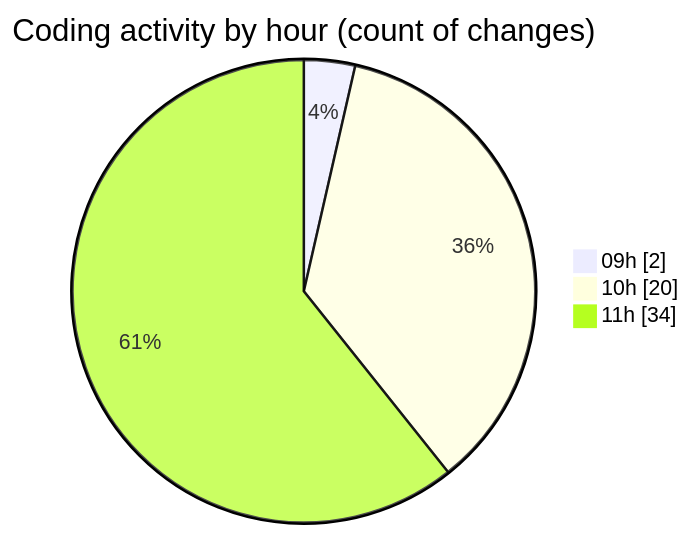
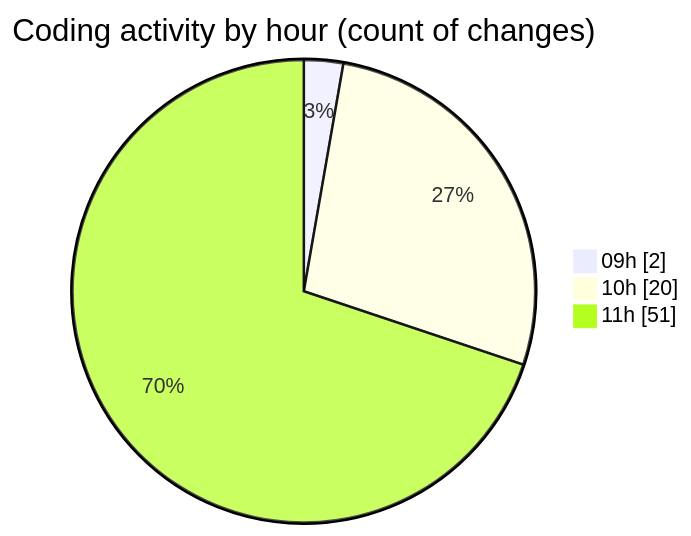
One commit to momahboobian/code-tracking changed the second of 2 diagrams in 2025-04-08/cda/README.md. Above: the diagram before and after it, drawn with Mermaid. The commit also changed other lines of this file and 1 other file, not shown here.

````diff
--- a/2025-04-08/cda/README.md
+++ b/2025-04-08/cda/README.md
@@ -31,7 +31,7 @@
 ```mermaid
 pie showData
 title Coding activity by hour (count of changes)
 "09h" : 2
 "10h" : 20
-"11h" : 34
+"11h" : 51
 ```
````
